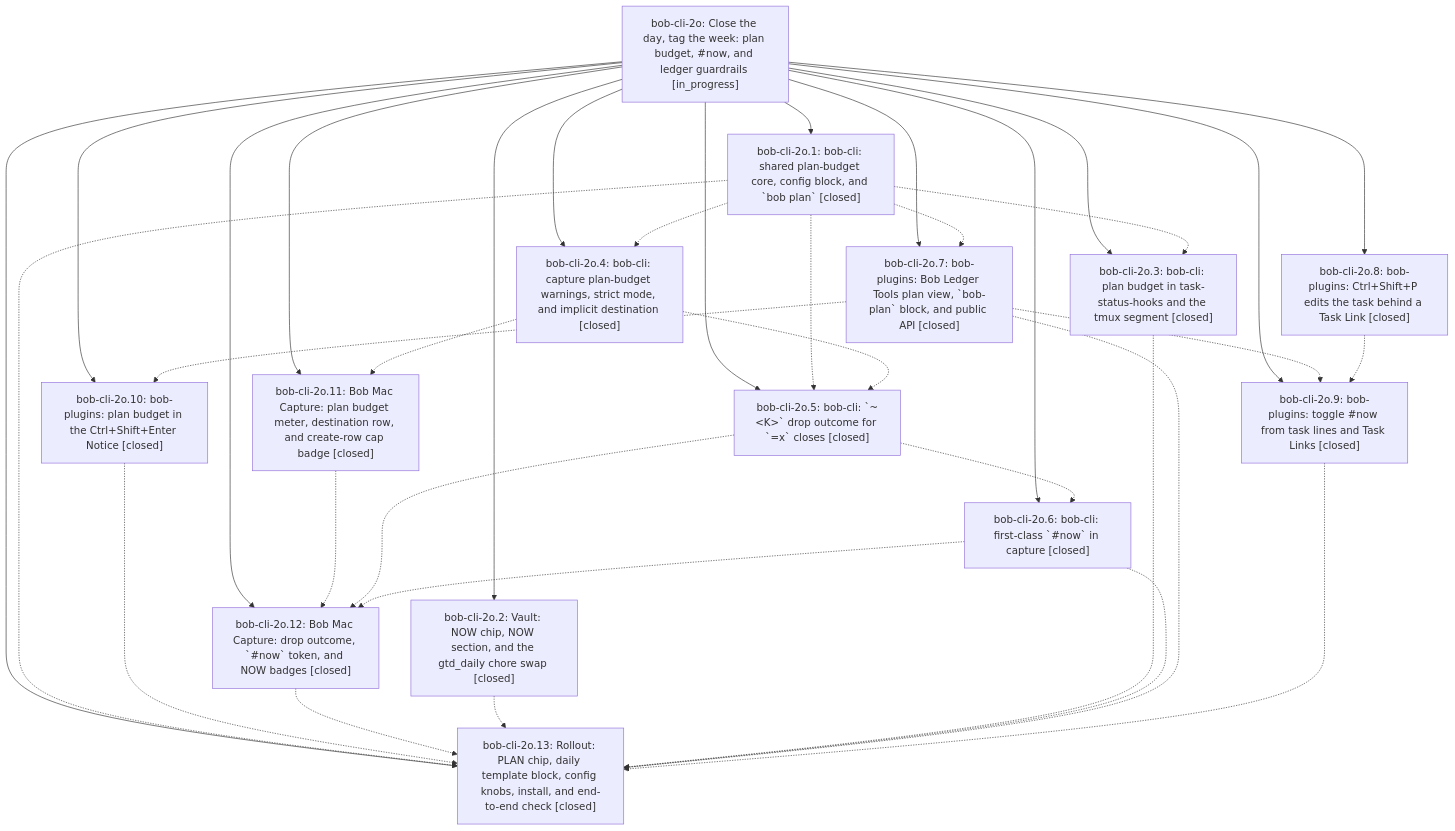
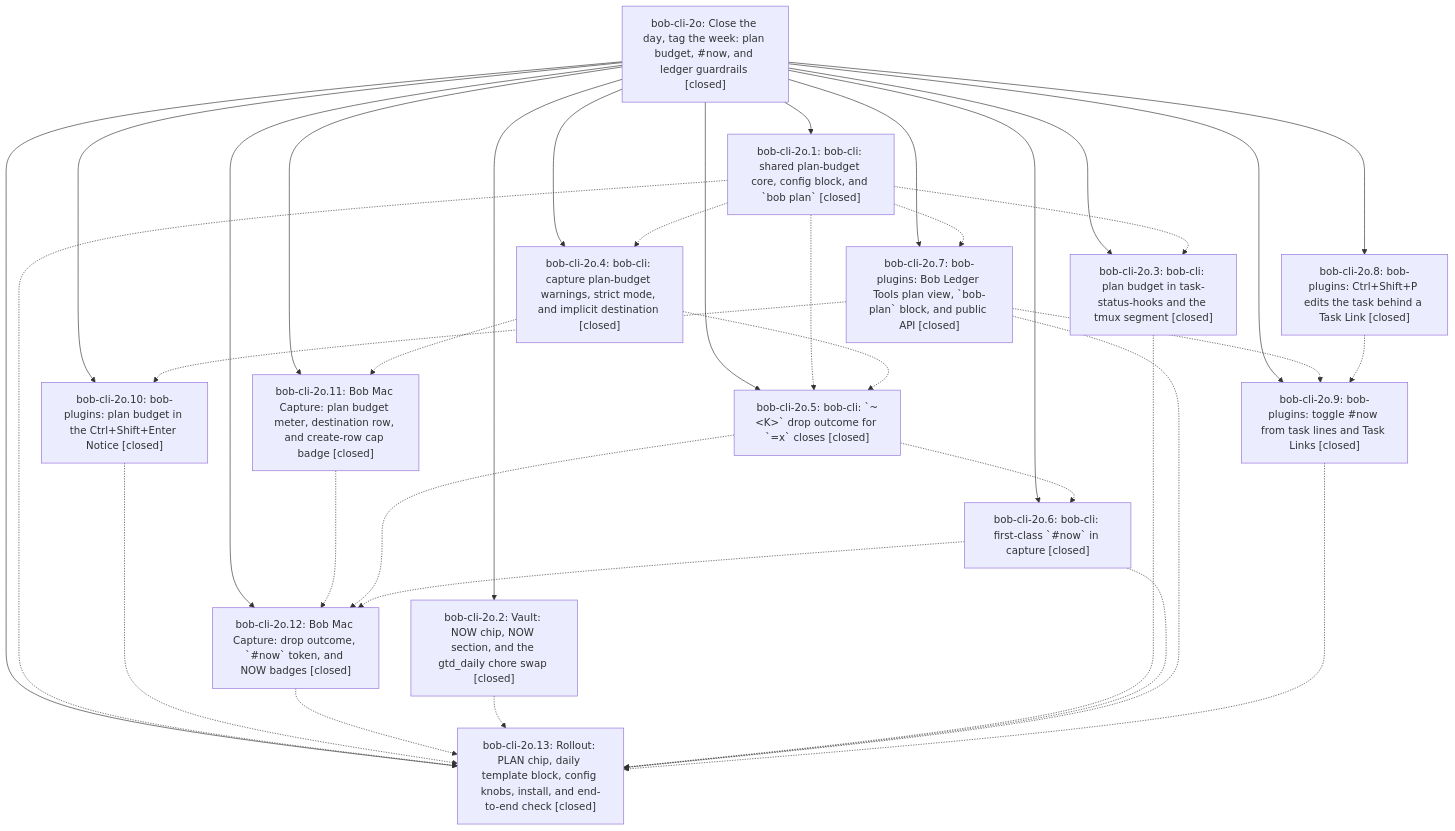
Before and after one commit to bobs-org/bob-cli--beads: the diagram in pages/bob-cli-2o/README.md, drawn with Mermaid. The commit also changed other lines of this file, not shown here.

First line of the commit message:
chore(beads): sync bead state and pages for bob-cli-2o

````diff
--- a/pages/bob-cli-2o/README.md
+++ b/pages/bob-cli-2o/README.md
@@ -38,51 +40,51 @@
 ```mermaid
 flowchart TD
-    n0["bob-cli-2o: Close the day, tag the week: plan budget, #now, and ledger guardrails [in_progress]"]
+    n0["bob-cli-2o: Close the day, tag the week: plan budget, #now, and ledger guardrails [closed]"]
     n1["bob-cli-2o.1: bob-cli: shared plan-budget core, config block, and `bob plan` [closed]"]
     n2["bob-cli-2o.10: bob-plugins: plan budget in the Ctrl+Shift+Enter Notice [closed]"]
     n3["bob-cli-2o.11: Bob Mac Capture: plan budget meter, destination row, and create-row cap badge [closed]"]
     n4["bob-cli-2o.12: Bob Mac Capture: drop outcome, `#now` token, and NOW badges [closed]"]
     n5["bob-cli-2o.13: Rollout: PLAN chip, daily template block, config knobs, install, and end-to-end check [closed]"]
     n6["bob-cli-2o.2: Vault: NOW chip, NOW section, and the gtd_daily chore swap [closed]"]
     n7["bob-cli-2o.3: bob-cli: plan budget in task-status-hooks and the tmux segment [closed]"]
     n8["bob-cli-2o.4: bob-cli: capture plan-budget warnings, strict mode, and implicit destination [closed]"]
     n9["bob-cli-2o.5: bob-cli: `~&lt;K&gt;` drop outcome for `=x` closes [closed]"]
     n10["bob-cli-2o.6: bob-cli: first-class `#now` in capture [closed]"]
     n11["bob-cli-2o.7: bob-plugins: Bob Ledger Tools plan view, `bob-plan` block, and public API [closed]"]
     n12["bob-cli-2o.8: bob-plugins: Ctrl+Shift+P edits the task behind a Task Link [closed]"]
     n13["bob-cli-2o.9: bob-plugins: toggle #now from task lines and Task Links [closed]"]
     n0 --> n1
     n0 --> n2
     n0 --> n3
     n0 --> n4
     n0 --> n5
     n0 --> n6
     n0 --> n7
     n0 --> n8
     n0 --> n9
     n0 --> n10
     n0 --> n11
     n0 --> n12
     n0 --> n13
     n1 -.-> n5
     n1 -.-> n7
     n1 -.-> n8
     n1 -.-> n9
     n1 -.-> n11
     n2 -.-> n5
     n3 -.-> n4
     n4 -.-> n5
     n6 -.-> n5
     n7 -.-> n5
     n8 -.-> n3
     n8 -.-> n9
     n9 -.-> n4
     n9 -.-> n10
     n10 -.-> n4
     n10 -.-> n5
     n11 -.-> n2
     n11 -.-> n5
     n11 -.-> n13
     n12 -.-> n13
     n13 -.-> n5
 ```
````
